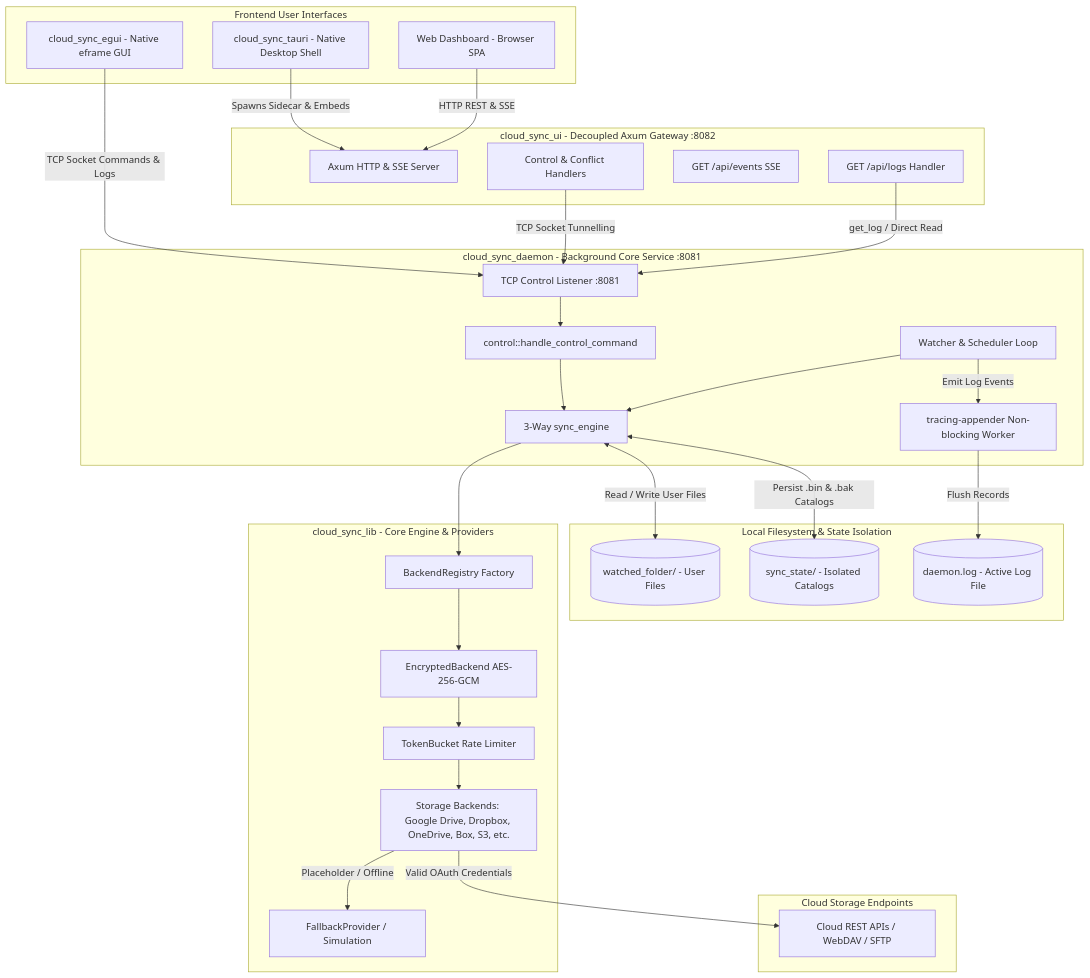
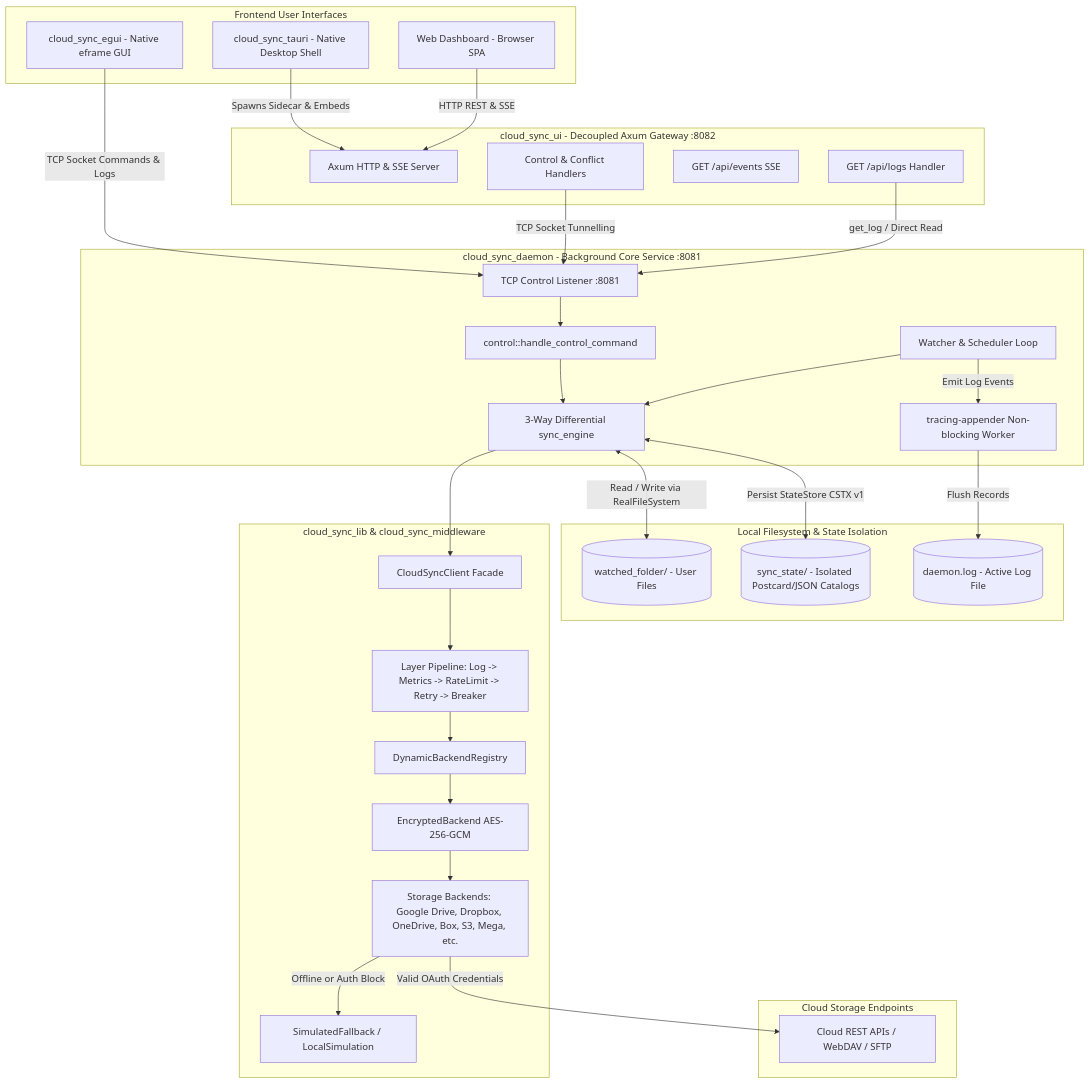
The third of 3 diagrams in docs/ARCHITECTURE.md (clockworkengineer/cloud_sync_lib), drawn with Mermaid before and after one commit. The commit also changed other lines of this file and 11 other files, not shown here.

Commit message:
docs: comprehensive documentation overhaul for 8-crate architecture, client API, security, and diagnostics

````diff
--- a/docs/ARCHITECTURE.md
+++ b/docs/ARCHITECTURE.md
@@ -9,65 +133,67 @@
 ```mermaid
 graph TD
     subgraph UI_Clients [Frontend User Interfaces]
         egui_app[cloud_sync_egui - Native eframe GUI]
         tauri_app[cloud_sync_tauri - Native Desktop Shell]
         web_dashboard[Web Dashboard - Browser SPA]
     end
 
     subgraph cloud_sync_ui [cloud_sync_ui - Decoupled Axum Gateway :8082]
         ui_server[Axum HTTP & SSE Server]
         ui_logs[GET /api/logs Handler]
         ui_events[GET /api/events SSE]
         ui_handlers[Control & Conflict Handlers]
     end
 
     subgraph cloud_sync_daemon [cloud_sync_daemon - Background Core Service :8081]
         daemon_socket[TCP Control Listener :8081]
         control_loop[control::handle_control_command]
         main_loop[Watcher & Scheduler Loop]
-        sync_engine[3-Way sync_engine]
+        sync_engine[3-Way Differential sync_engine]
         tracing_appender[tracing-appender Non-blocking Worker]
     end
 
     subgraph File_System [Local Filesystem & State Isolation]
         watched_dir[(watched_folder/ - User Files)]
-        state_dir[(sync_state/ - Isolated Catalogs)]
+        state_dir[(sync_state/ - Isolated Postcard/JSON Catalogs)]
         log_sink[(daemon.log - Active Log File)]
     end
 
-    subgraph cloud_sync_lib [cloud_sync_lib - Core Engine & Providers]
-        registry[BackendRegistry Factory]
+    subgraph cloud_sync_lib [cloud_sync_lib & cloud_sync_middleware]
+        client_facade[CloudSyncClient Facade]
+        layer_pipeline[Layer Pipeline: Log -> Metrics -> RateLimit -> Retry -> Breaker]
+        registry[DynamicBackendRegistry]
         enc_wrapper[EncryptedBackend AES-256-GCM]
-        rate_limiter[TokenBucket Rate Limiter]
-        providers[Storage Backends: Google Drive, Dropbox, OneDrive, Box, S3, etc.]
-        fallback[FallbackProvider / Simulation]
+        providers[Storage Backends: Google Drive, Dropbox, OneDrive, Box, S3, Mega, etc.]
+        fallback[SimulatedFallback / LocalSimulation]
     end
 
     subgraph Remote_Cloud [Cloud Storage Endpoints]
         cloud_apis[Cloud REST APIs / WebDAV / SFTP]
     end
 
     %% UI Connections
     egui_app -->|TCP Socket Commands & Logs| daemon_socket
     tauri_app -->|Spawns Sidecar & Embeds| ui_server
     web_dashboard -->|HTTP REST & SSE| ui_server
     ui_handlers -->|TCP Socket Tunnelling| daemon_socket
     ui_logs -->|get_log / Direct Read| daemon_socket
 
     %% Daemon Internals
     daemon_socket --> control_loop
     control_loop --> sync_engine
     main_loop --> sync_engine
-    sync_engine <-->|Read / Write User Files| watched_dir
-    sync_engine <-->|Persist .bin & .bak Catalogs| state_dir
+    sync_engine <-->|Read / Write via RealFileSystem| watched_dir
+    sync_engine <-->|Persist StateStore CSTX v1| state_dir
     main_loop -->|Emit Log Events| tracing_appender
     tracing_appender -->|Flush Records| log_sink
 
     %% Sync Engine to Library
-    sync_engine --> registry
+    sync_engine --> client_facade
+    client_facade --> layer_pipeline
+    layer_pipeline --> registry
     registry --> enc_wrapper
-    enc_wrapper --> rate_limiter
-    rate_limiter --> providers
+    enc_wrapper --> providers
     providers -->|Valid OAuth Credentials| cloud_apis
-    providers -->|Placeholder / Offline| fallback
+    providers -->|Offline or Auth Block| fallback
 ```
````
